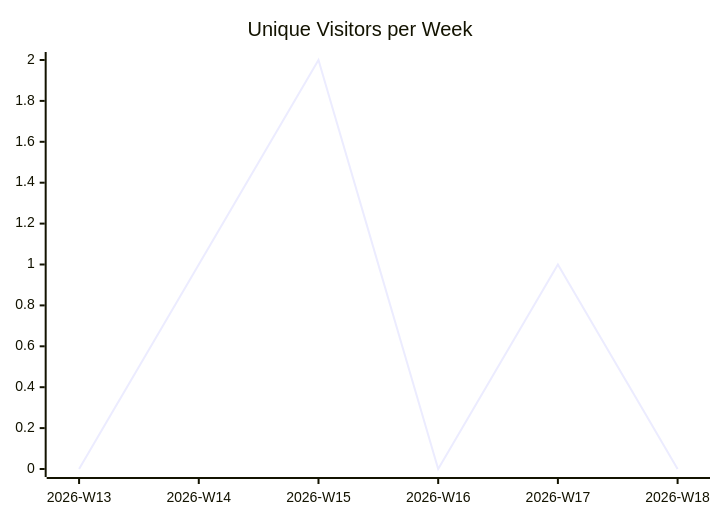
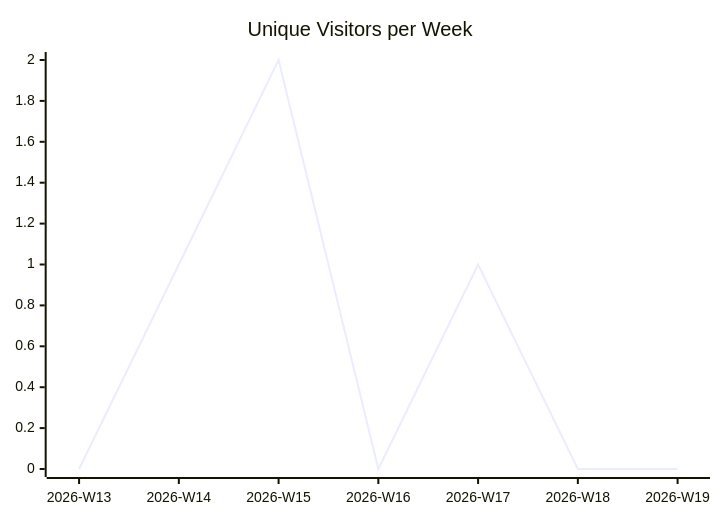
The first of 3 diagrams in justdavis-family/justdavis/README.md (justdavis-family/github-analytics-data), drawn with Mermaid before and after one commit. The commit also changed other lines of this file and 187 other files, not shown here.

````diff
--- a/justdavis-family/justdavis/README.md
+++ b/justdavis-family/justdavis/README.md
@@ -5,6 +5,6 @@
 ```mermaid
 xychart-beta
   title "Unique Visitors per Week"
-  x-axis ["2026-W13", "2026-W14", "2026-W15", "2026-W16", "2026-W17", "2026-W18"]
-  line [0, 1, 2, 0, 1, 0]
+  x-axis ["2026-W13", "2026-W14", "2026-W15", "2026-W16", "2026-W17", "2026-W18", "2026-W19"]
+  line [0, 1, 2, 0, 1, 0, 0]
 ```
````
